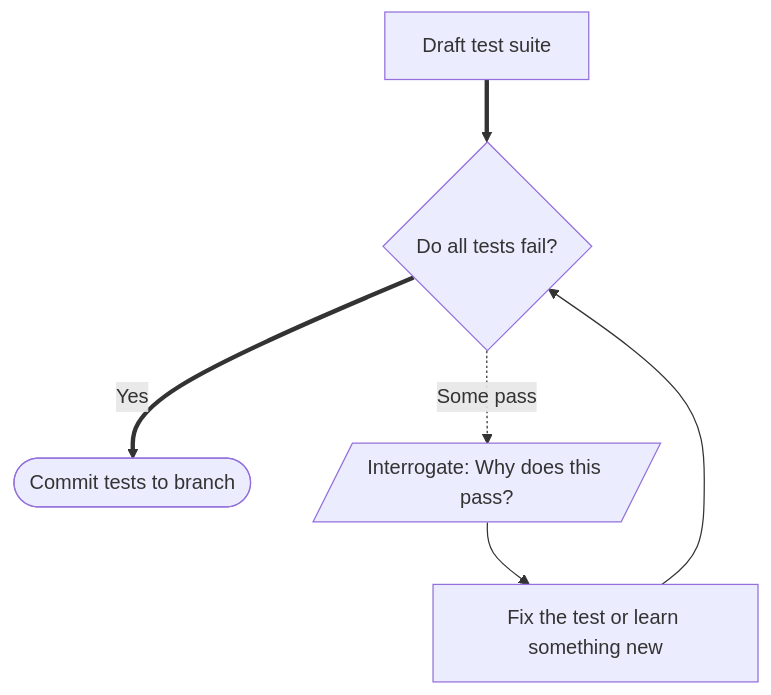
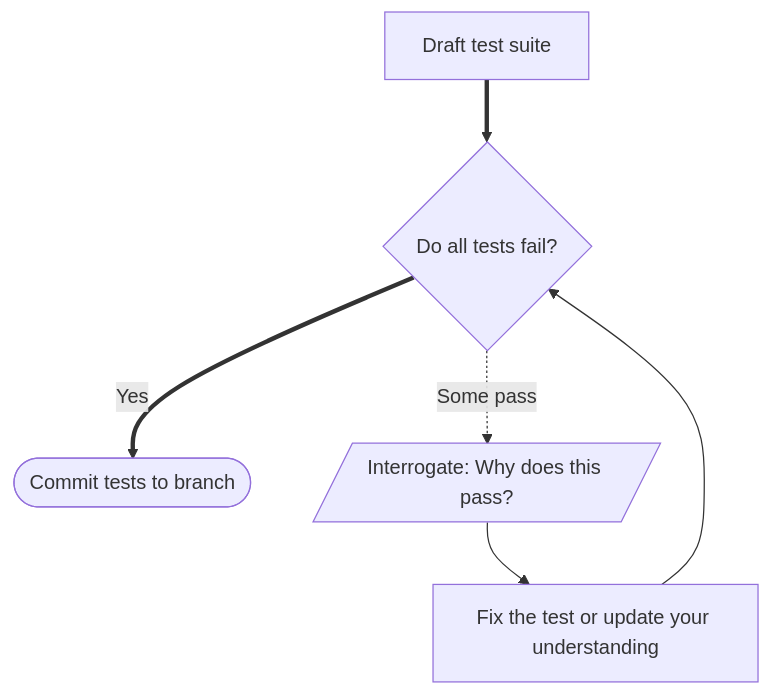
Before and after one commit to ahzan-dev/jaseci-blogs: the fourth of 7 diagrams in docs/blog/posts/socratic_prompt_method.md, drawn with Mermaid. The commit also changed other lines of this file, not shown here.

````diff
--- a/docs/blog/posts/socratic_prompt_method.md
+++ b/docs/blog/posts/socratic_prompt_method.md
@@ -121,8 +117,8 @@
 ```mermaid
 flowchart TD
     A["Draft test suite"] ==> B{"Do all tests fail?"}
     B ==>|"Yes"| C(["Commit tests to branch"])
     B -.->|"Some pass"| D[/"Interrogate: Why does this pass?"/]
-    D --> E["Fix the test or learn something new"]
+    D --> E["Fix the test or update your understanding"]
     E --> B
 ```
````
